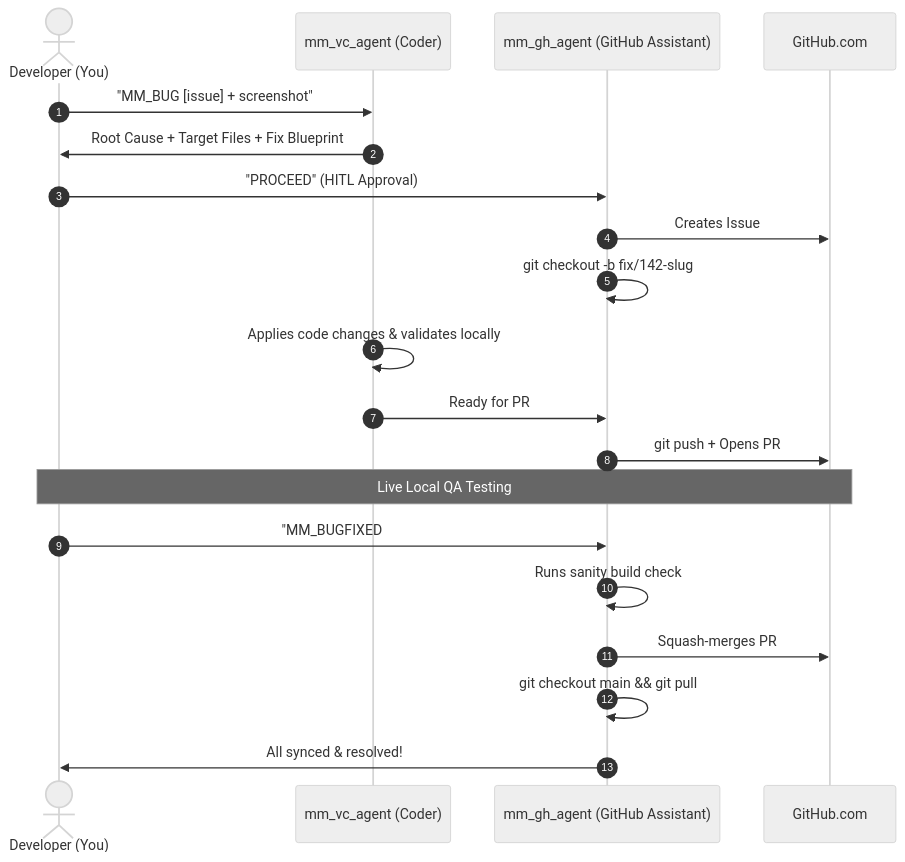
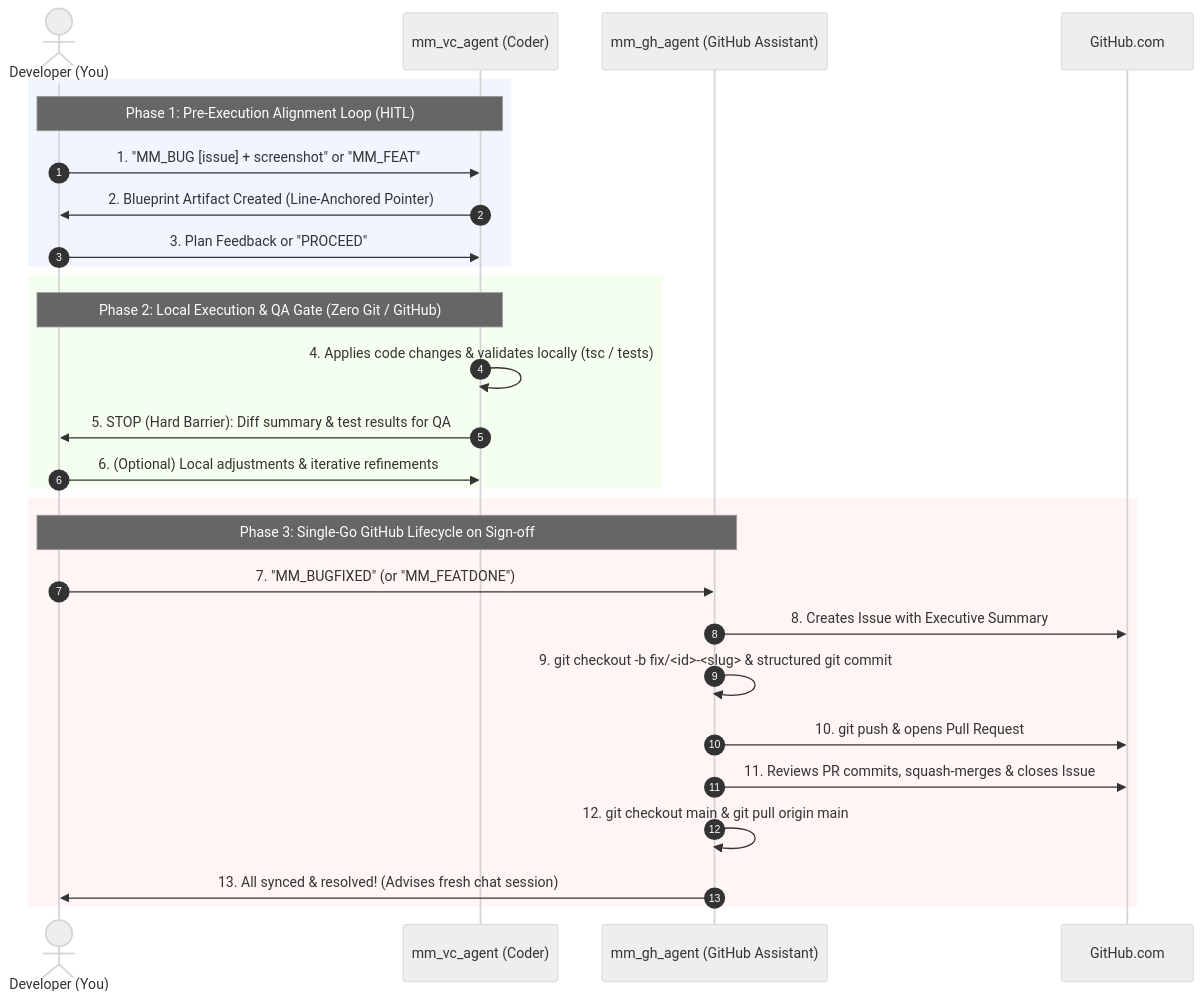
One commit to mustafamalik/mm_github_assist changed the eighth of 8 diagrams in docs/dual_agent_workflow_specification.md. Above: the diagram before and after it, drawn with Mermaid (neutral theme). The commit also changed other lines of this file and 12 other files, not shown here.

First line of the commit message:
feat(#31): refactor mm_github_agent to single-go phase 3 lifecycle (#32)

````diff
--- a/docs/dual_agent_workflow_specification.md
+++ b/docs/dual_agent_workflow_specification.md
@@ -460,23 +477,33 @@
 ```mermaid
 sequenceDiagram
     autonumber
     actor Dev as Developer (You)
     participant VC as mm_vc_agent (Coder)
     participant GH as mm_gh_agent (GitHub Assistant)
     participant Remote as GitHub.com
 
-    Dev->>VC: "MM_BUG [issue] + screenshot"
-    VC->>Dev: Root Cause + Target Files + Fix Blueprint
-    Dev->>GH: "PROCEED" (HITL Approval)
-    GH->>Remote: Creates Issue #142 (Embeds Root Cause & Blueprint)
-    GH->>GH: git checkout -b fix/142-slug
-    VC->>VC: Applies code changes & validates locally
-    VC->>GH: Ready for PR
-    GH->>Remote: git push + Opens PR #143 (Closes #142)
-    Note over Dev,Remote: Live Local QA Testing
-    Dev->>GH: "MM_BUGFIXED #142"
-    GH->>GH: Runs sanity build check
-    GH->>Remote: Squash-merges PR #143 & closes Issue #142
-    GH->>GH: git checkout main && git pull
-    GH->>Dev: All synced & resolved!
+    rect rgb(240, 245, 255)
+        note over Dev,VC: Phase 1: Pre-Execution Alignment Loop (HITL)
+        Dev->>VC: 1. "MM_BUG [issue] + screenshot" or "MM_FEAT"
+        VC->>Dev: 2. Blueprint Artifact Created (Line-Anchored Pointer)
+        Dev->>VC: 3. Plan Feedback or "PROCEED"
+    end
+
+    rect rgb(245, 255, 240)
+        note over Dev,VC: Phase 2: Local Execution & QA Gate (Zero Git / GitHub)
+        VC->>VC: 4. Applies code changes & validates locally (tsc / tests)
+        VC->>Dev: 5. STOP (Hard Barrier): Diff summary & test results for QA
+        Dev->>VC: 6. (Optional) Local adjustments & iterative refinements
+    end
+
+    rect rgb(255, 245, 245)
+        note over Dev,GH: Phase 3: Single-Go GitHub Lifecycle on Sign-off
+        Dev->>GH: 7. "MM_BUGFIXED" (or "MM_FEATDONE")
+        GH->>Remote: 8. Creates Issue with Executive Summary
+        GH->>GH: 9. git checkout -b fix/<id>-<slug> & structured git commit
+        GH->>Remote: 10. git push & opens Pull Request
+        GH->>Remote: 11. Reviews PR commits, squash-merges & closes Issue
+        GH->>GH: 12. git checkout main & git pull origin main
+        GH->>Dev: 13. All synced & resolved! (Advises fresh chat session)
+    end
 ```
````
